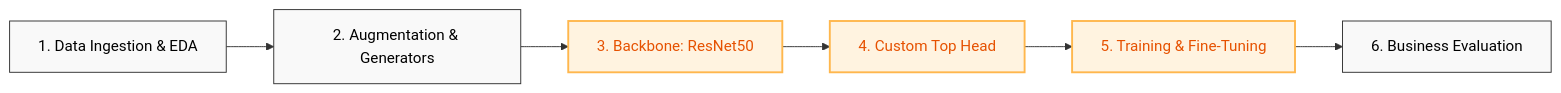
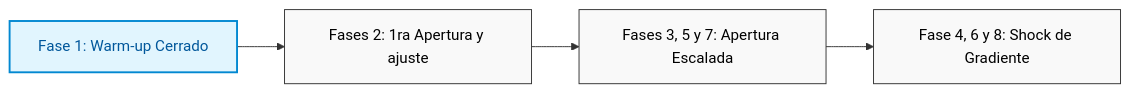
Before and after one commit to audemx/Computer-Vision-for-Age-Verification-Good-Seed: the diagram in README.md, drawn with Mermaid. The commit also changed other lines of this file, not shown here.

First line of the commit message:
Revise project description and business objectives

````diff
--- a/README.md
+++ b/README.md
@@ -21,14 +46,12 @@
 ```mermaid
 graph LR
     %% Configuración de Estilos
     classDef default fill:#f9f9f9,stroke:#333,stroke-width:1px,color:#000;
-    classDef highlight fill:#fff3e0,stroke:#ffb74d,stroke-width:2px,color:#e65100;
+    classDef highlight fill:#e1f5fe,stroke:#0288d1,stroke-width:2px,color:#01579b;
 
-    1[1. Data Ingestion & EDA] --> 2[2. Augmentation & Generators]
-    2 --> 3[3. Backbone: ResNet50]
-    3 --> 4[4. Custom Top Head]
-    4 --> 5[5. Training & Fine-Tuning]
-    5 --> 6[6. Business Evaluation]
+    1[Fase 1: Warm-up Cerrado] --> 2[Fases 2: 1ra Apertura y ajuste]
+    2 --> 3[Fases 3, 5 y 7: Apertura Escalada]
+    3 --> 4[Fase 4, 6 y 8: Shock de Gradiente]
 
-    class 3,4,5 highlight;
+    class 1,8 highlight;
 ```
````
